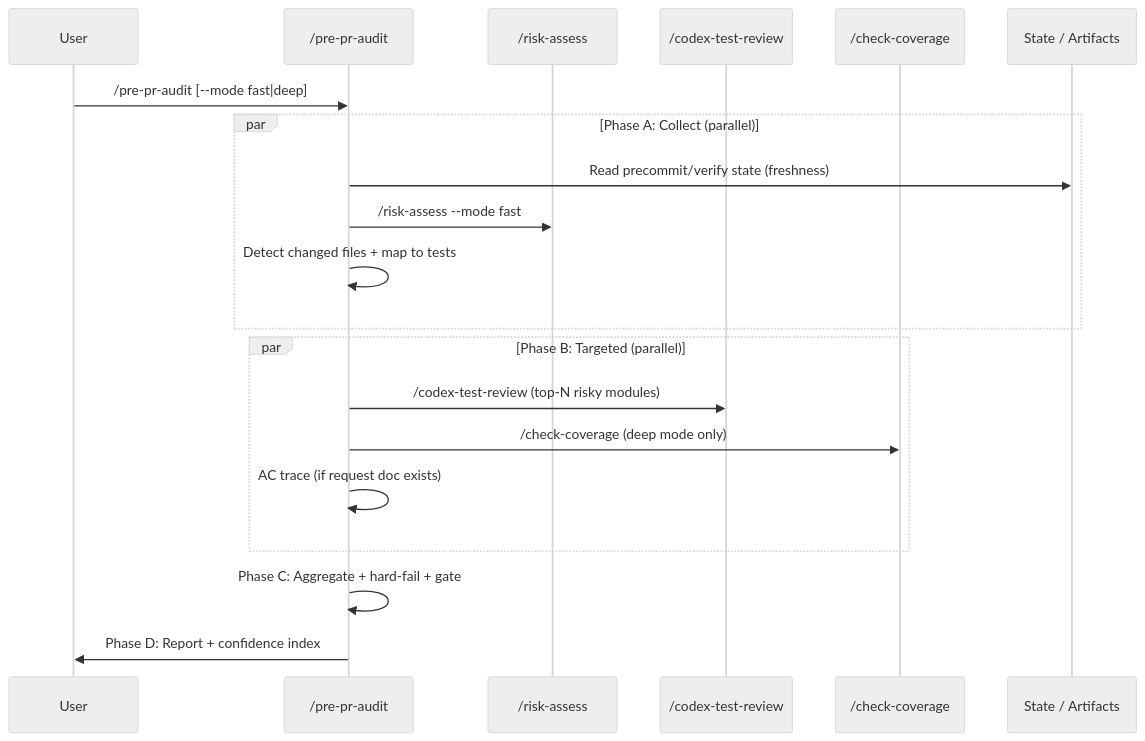
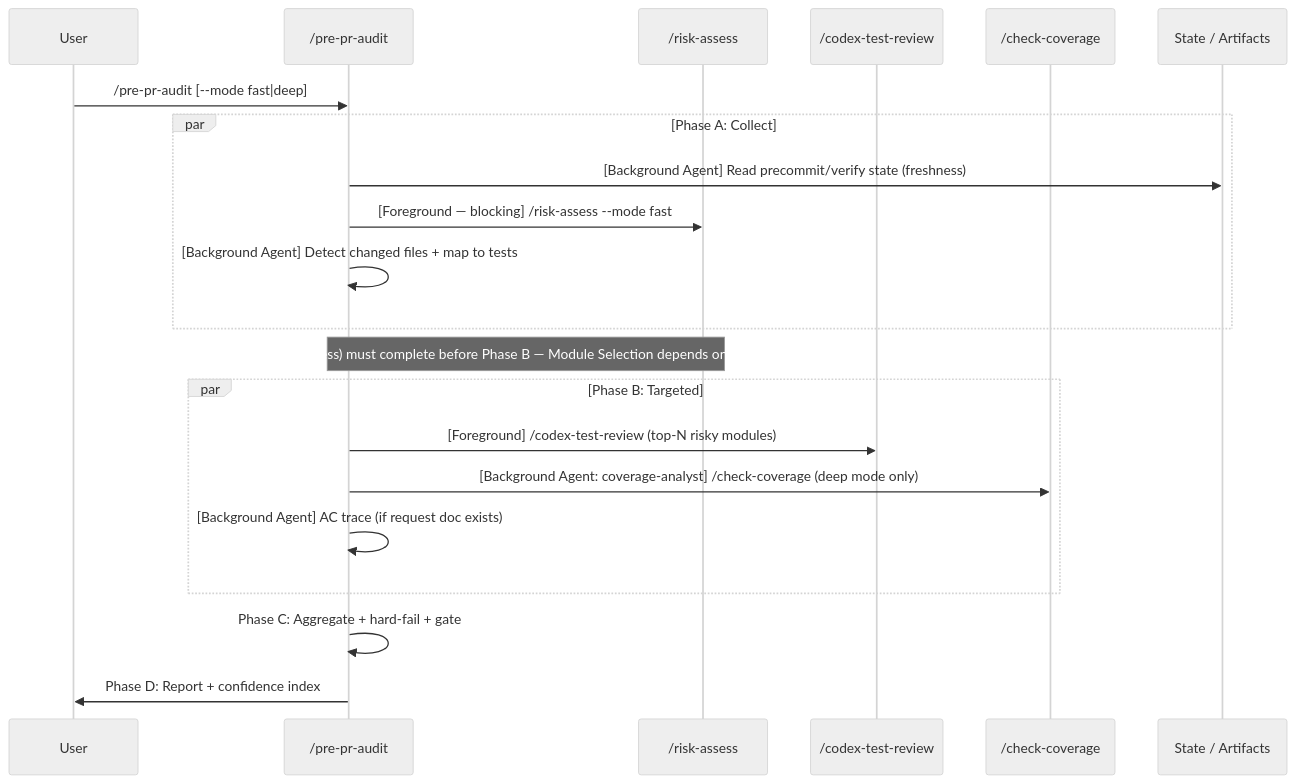
One commit to jupiter-Pulin/Uranus-dev-flow changed the diagram in skills/pre-pr-audit/SKILL.md. Above: the diagram before and after it, drawn with Mermaid (neutral theme). The commit also changed other lines of this file and 3 other files, not shown here.

First line of the commit message:
feat: Add Agent-as-Skill-runner parallel dispatch (R3 Skill Parallelization)

````diff
--- a/skills/pre-pr-audit/SKILL.md
+++ b/skills/pre-pr-audit/SKILL.md
@@ -48,26 +48,28 @@
 ```mermaid
 sequenceDiagram
     participant U as User
     participant PA as /pre-pr-audit
     participant RA as /risk-assess
     participant TR as /codex-test-review
     participant CC as /check-coverage
     participant ST as State / Artifacts
 
     U->>PA: /pre-pr-audit [--mode fast|deep]
 
-    par Phase A: Collect (parallel)
-        PA->>ST: Read precommit/verify state (freshness)
-        PA->>RA: /risk-assess --mode fast
-        PA->>PA: Detect changed files + map to tests
+    par Phase A: Collect
+        PA->>ST: [Background Agent] Read precommit/verify state (freshness)
+        PA->>RA: [Foreground — blocking] /risk-assess --mode fast
+        PA->>PA: [Background Agent] Detect changed files + map to tests
     end
 
-    par Phase B: Targeted (parallel)
-        PA->>TR: /codex-test-review (top-N risky modules)
-        PA->>CC: /check-coverage (deep mode only)
-        PA->>PA: AC trace (if request doc exists)
+    Note over PA,RA: A2 (/risk-assess) must complete before Phase B — Module Selection depends on top_affected
+
+    par Phase B: Targeted
+        PA->>TR: [Foreground] /codex-test-review (top-N risky modules)
+        PA->>CC: [Background Agent: coverage-analyst] /check-coverage (deep mode only)
+        PA->>PA: [Background Agent] AC trace (if request doc exists)
     end
 
     PA->>PA: Phase C: Aggregate + hard-fail + gate
     PA->>U: Phase D: Report + confidence index
 ```
````
